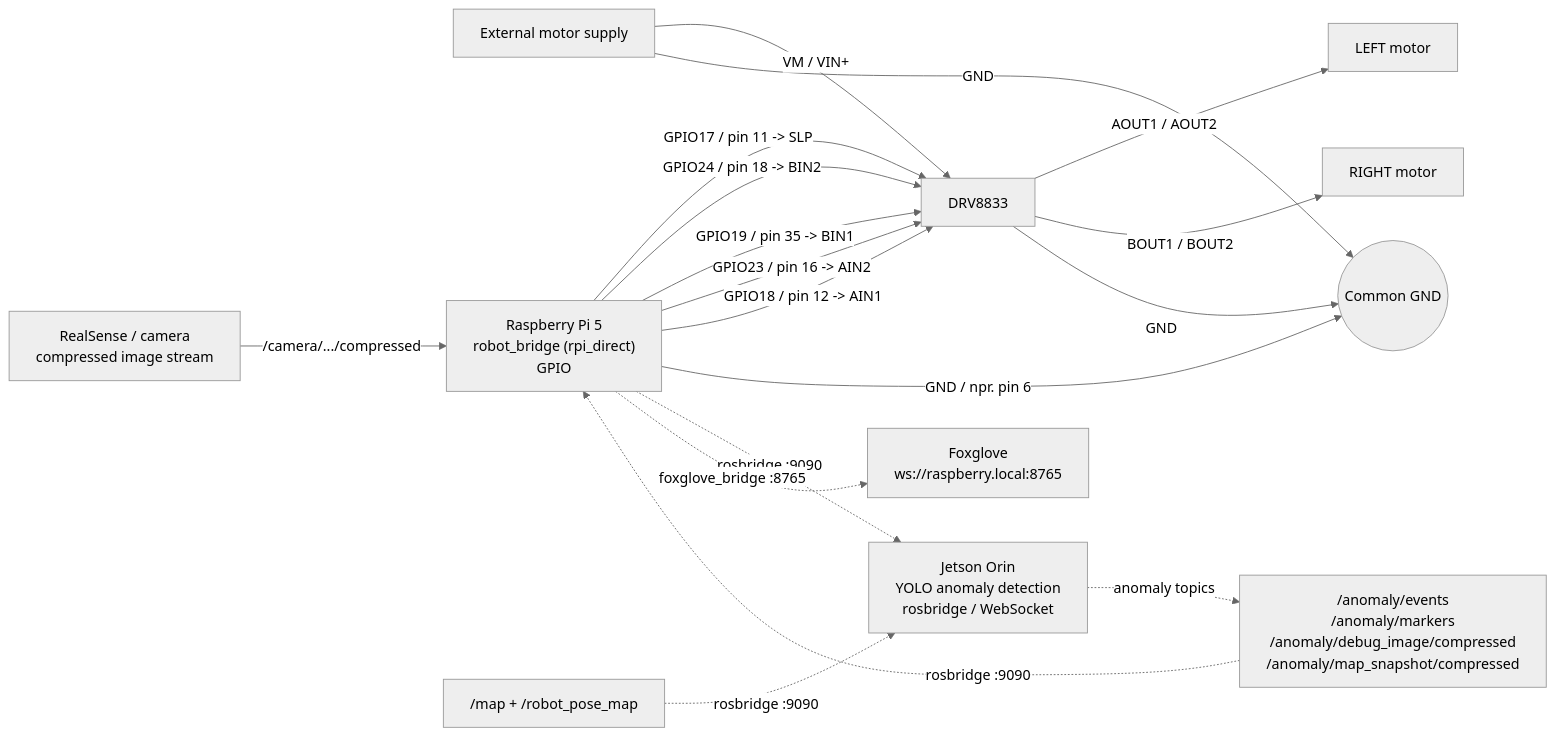
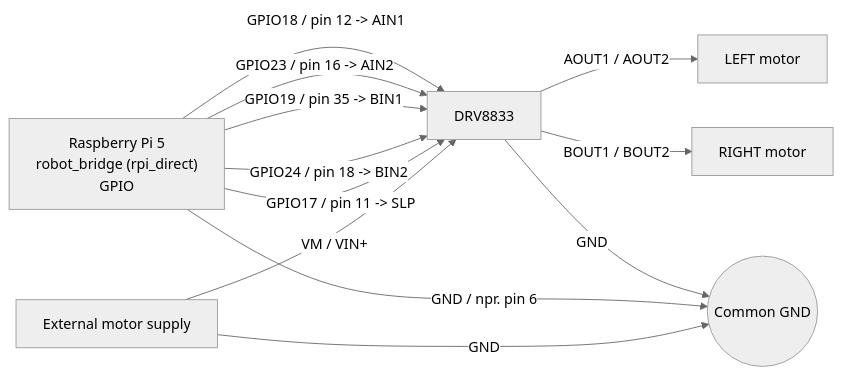
One commit to FilipSijak2/paper changed the diagram in CURRENT_WIRING_DIAGRAM.md. Above: the diagram before and after it, drawn with Mermaid (neutral theme). The commit also changed other lines of this file, not shown here.

Commit message:
Keep wiring diagram focused on current hardware wiring

````diff
--- a/CURRENT_WIRING_DIAGRAM.md
+++ b/CURRENT_WIRING_DIAGRAM.md
@@ -15,35 +15,23 @@
 ```mermaid
 flowchart LR
     SUPPLY["External motor supply"]
     RPI["Raspberry Pi 5<br/>robot_bridge (rpi_direct)<br/>GPIO"]
     DRV["DRV8833"]
     LEFT["LEFT motor"]
     RIGHT["RIGHT motor"]
     GND(("Common GND"))
-    JETSON["Jetson Orin<br/>YOLO anomaly detection<br/>rosbridge / WebSocket"]
-    FOX["Foxglove<br/>ws://raspberry.local:8765"]
-    CAM["RealSense / camera<br/>compressed image stream"]
-    MAP["/map + /robot_pose_map"]
-    ANOM["/anomaly/events<br/>/anomaly/markers<br/>/anomaly/debug_image/compressed<br/>/anomaly/map_snapshot/compressed"]
 
     SUPPLY -->|"VM / VIN+"| DRV
     SUPPLY -->|"GND"| GND
 
     RPI -->|"GPIO17 / pin 11 -> SLP"| DRV
     RPI -->|"GPIO24 / pin 18 -> BIN2"| DRV
     RPI -->|"GPIO19 / pin 35 -> BIN1"| DRV
     RPI -->|"GPIO23 / pin 16 -> AIN2"| DRV
     RPI -->|"GPIO18 / pin 12 -> AIN1"| DRV
     RPI -->|"GND / npr. pin 6"| GND
 
     DRV -->|"AOUT1 / AOUT2"| LEFT
     DRV -->|"BOUT1 / BOUT2"| RIGHT
     DRV -->|"GND"| GND
-
-    CAM -->|"/camera/.../compressed"| RPI
-    RPI -.->|"rosbridge :9090"| JETSON
-    MAP -.->|"rosbridge :9090"| JETSON
-    JETSON -.->|"anomaly topics"| ANOM
-    ANOM -.->|"rosbridge :9090"| RPI
-    RPI -.->|"foxglove_bridge :8765"| FOX
 ```
````
